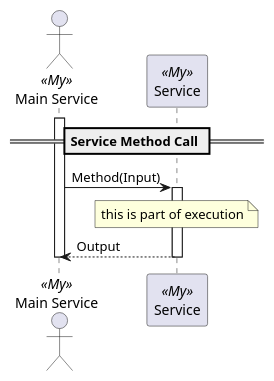
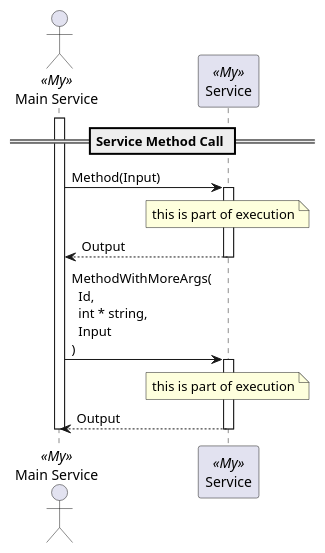
One commit to TypedUseCase/tuc-console changed the diagram in docs/tuc/examples/service-method-call.puml. Above: the diagram before and after it, drawn with PlantUML. The commit also changed 20 other files, not shown here.

Commit message:
Generate method arguments of service-method-call as multiline, when there are more than one

```diff
--- a/docs/tuc/examples/service-method-call.puml
+++ b/docs/tuc/examples/service-method-call.puml
@@ -1,15 +1,18 @@
 @startuml service-method-call
 
 == Service Method Call ==
 
 actor "Main Service" as MainService <<My>>
 participant "Service" as Service <<My>>
 
 activate MainService
 MainService -> Service ++: Method(Input)
     note over Service: this is part of execution
 Service --> MainService --: Output
+MainService -> Service ++: MethodWithMoreArgs(\n  Id, \n  int * string, \n  Input\n)
+    note over Service: this is part of execution
+Service --> MainService --: Output
 
 deactivate MainService
 
 @enduml
```
